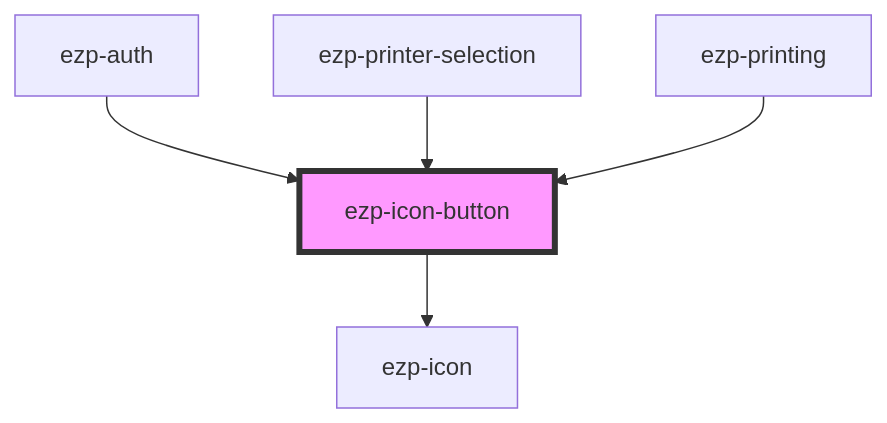
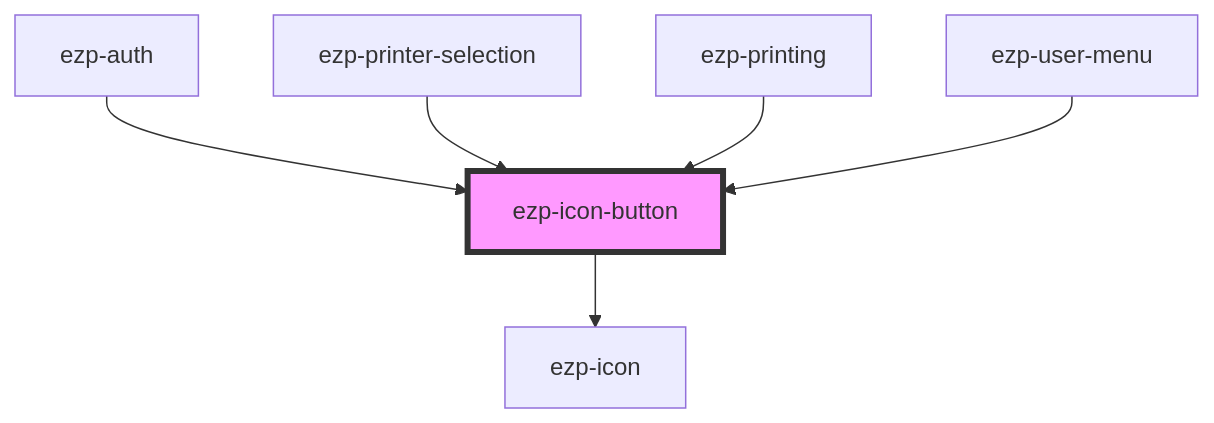
Before and after one commit to ezeep/ezeep-js: the diagram in src/components/ezp-icon-button/readme.md, drawn with Mermaid. The commit also changed other lines of this file and 25 other files, not shown here.

Commit message:
Introduce user menu component

````diff
--- a/src/components/ezp-icon-button/readme.md
+++ b/src/components/ezp-icon-button/readme.md
@@ -46,8 +48,9 @@
 ```mermaid
 graph TD;
   ezp-icon-button --> ezp-icon
   ezp-auth --> ezp-icon-button
   ezp-printer-selection --> ezp-icon-button
   ezp-printing --> ezp-icon-button
+  ezp-user-menu --> ezp-icon-button
   style ezp-icon-button fill:#f9f,stroke:#333,stroke-width:4px
 ```
````
